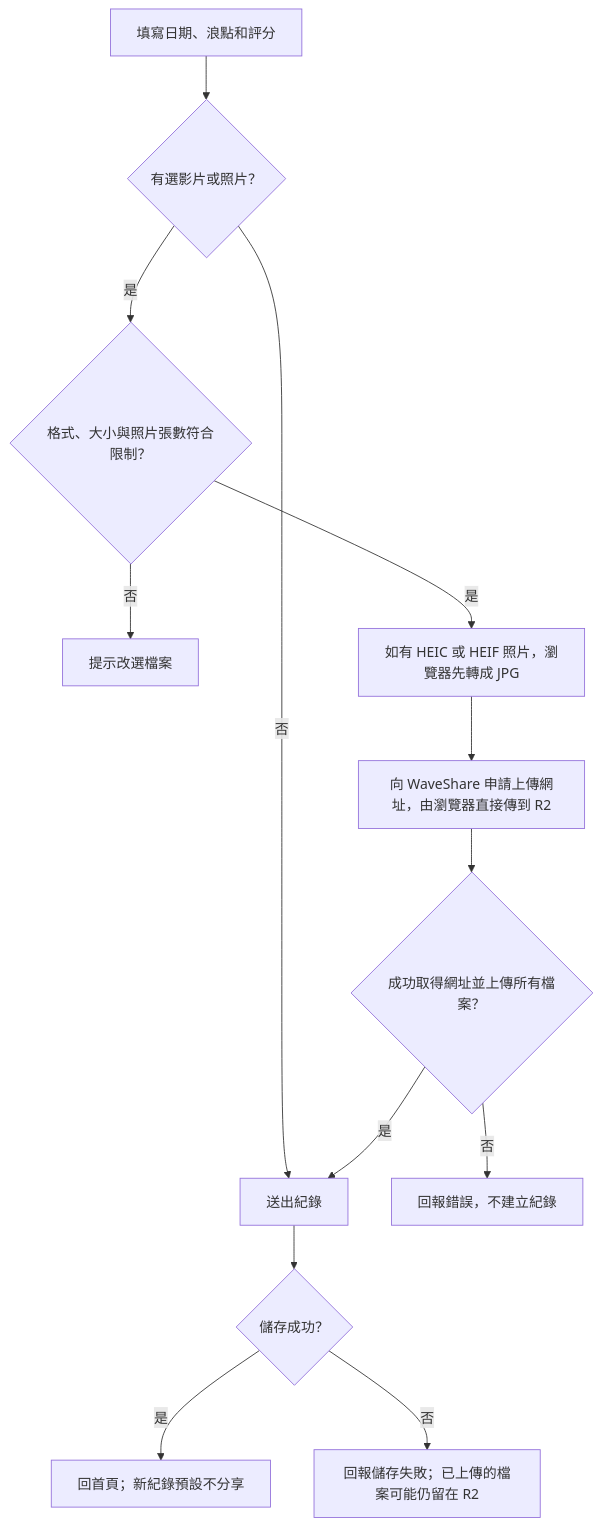
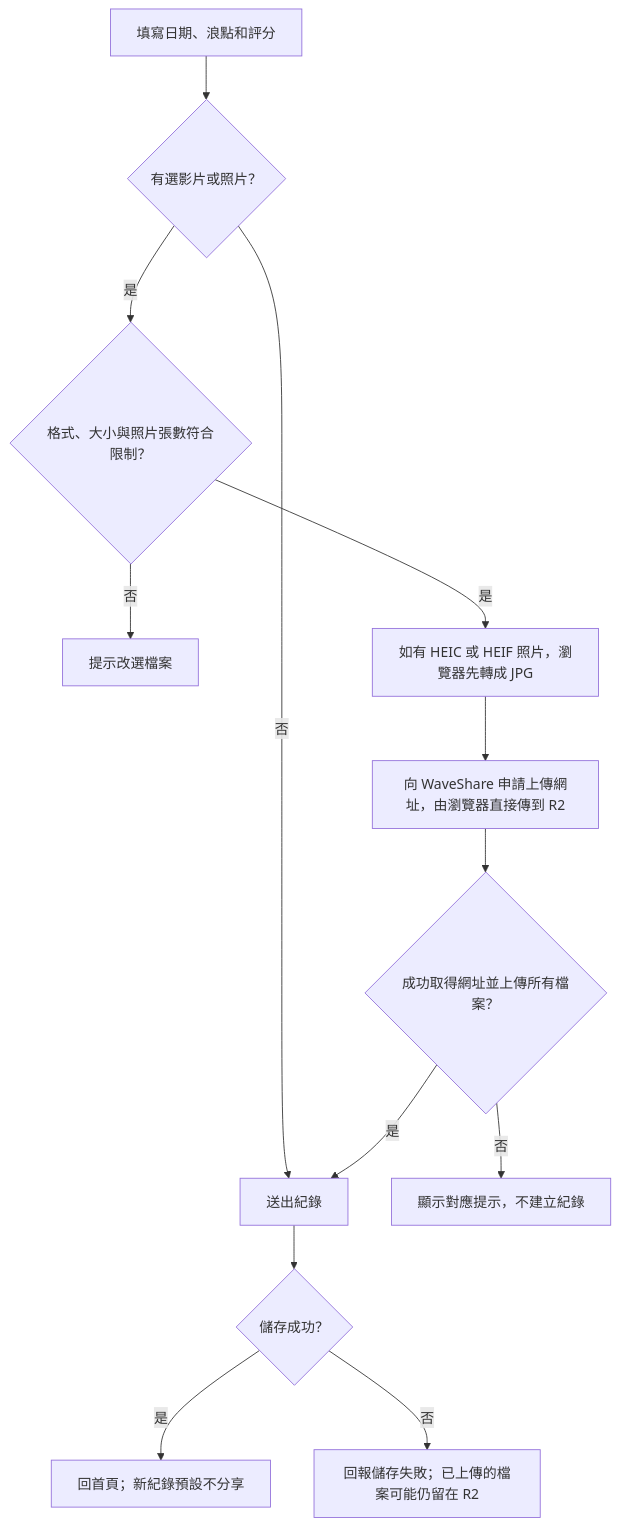
One commit to ChristingChang/waveshare changed the second of 7 diagrams in docs/flows.md. Above: the diagram before and after it, drawn with Mermaid. The commit also changed other lines of this file and 4 other files, not shown here.

Commit message:
docs: 更新登入、登出、分享圖卡與照片上傳說明

````diff
--- a/docs/flows.md
+++ b/docs/flows.md
@@ -26,15 +31,15 @@
 ```mermaid
 flowchart TD
     A["填寫日期、浪點和評分"] --> B{"有選影片或照片？"}
     B -->|否| I["送出紀錄"]
     B -->|是| C{"格式、大小與照片張數符合限制？"}
     C -->|否| D["提示改選檔案"]
     C -->|是| E["如有 HEIC 或 HEIF 照片，瀏覽器先轉成 JPG"]
     E --> G["向 WaveShare 申請上傳網址，由瀏覽器直接傳到 R2"]
     G --> H{"成功取得網址並上傳所有檔案？"}
-    H -->|否| F["回報錯誤，不建立紀錄"]
+    H -->|否| F["顯示對應提示，不建立紀錄"]
     H -->|是| I
     I --> J{"儲存成功？"}
     J -->|是| K["回首頁；新紀錄預設不分享"]
     J -->|否| L["回報儲存失敗；已上傳的檔案可能仍留在 R2"]
 ```
````
